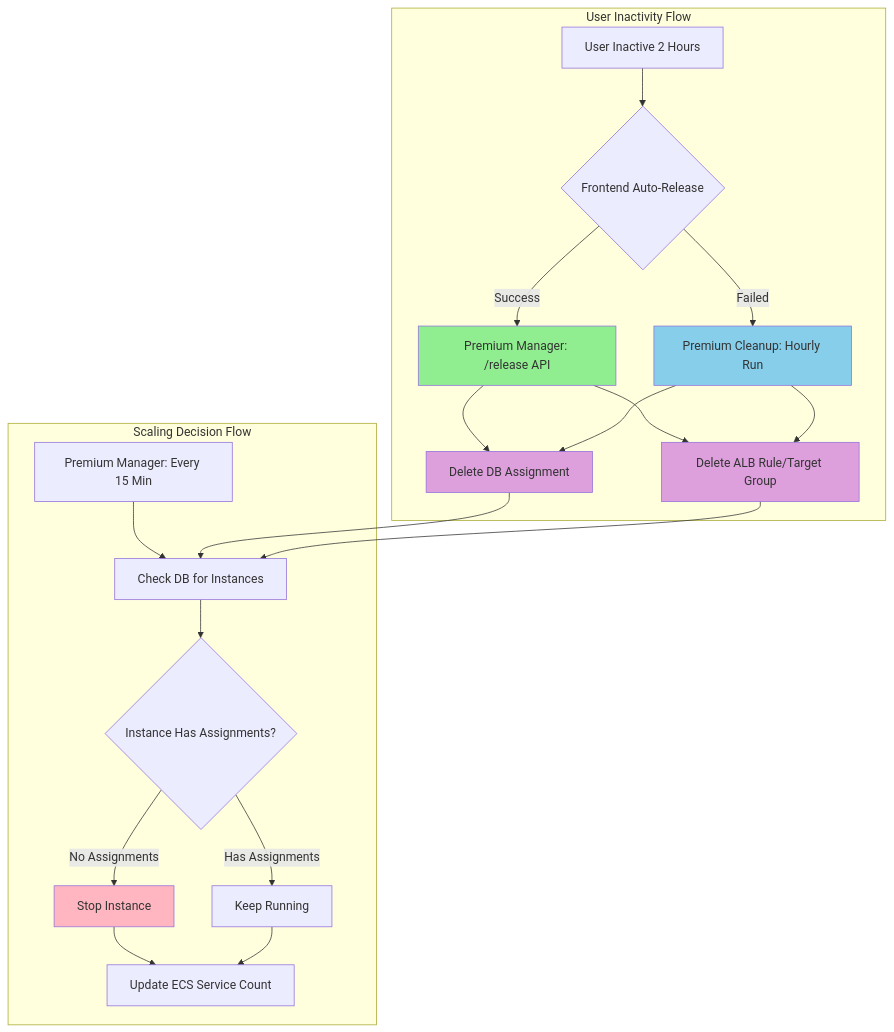
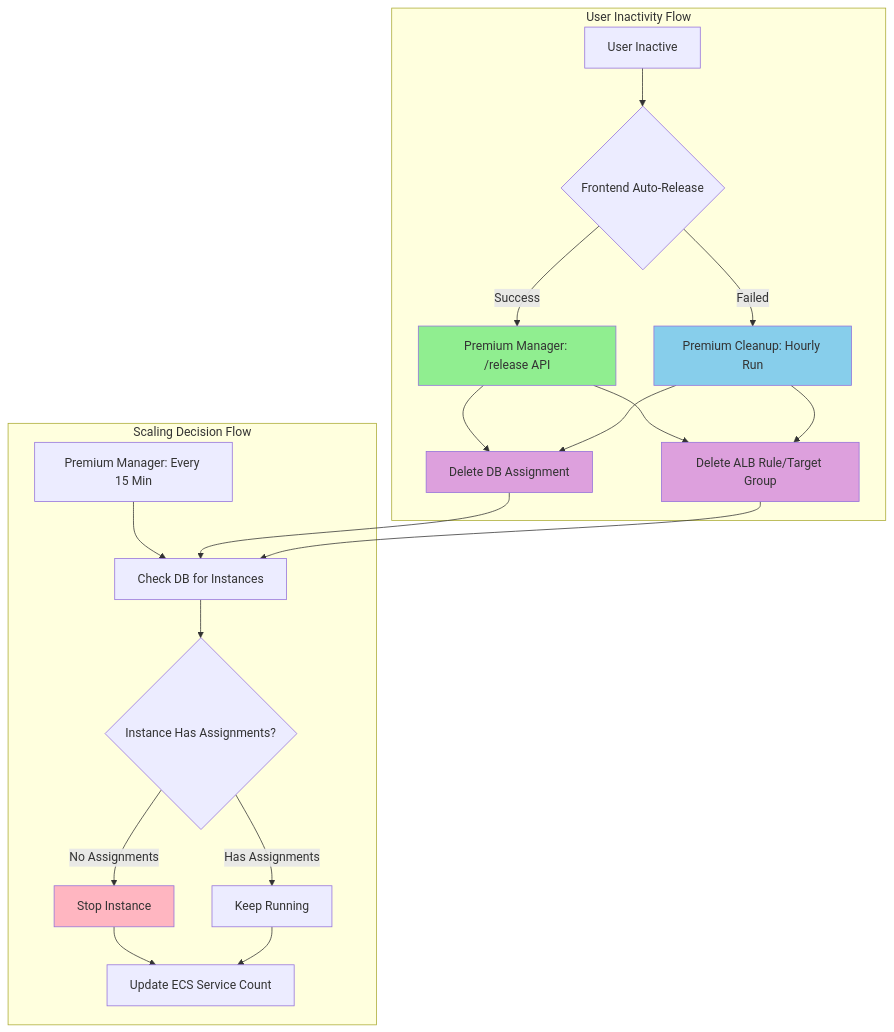
Before and after one commit to arayabrain/araya-optinist: the diagram in infrastructure/documentation/PREMIUM_MANAGER_ARCHITECTURE.md, drawn with Mermaid. The commit also changed other lines of this file and 11 other files, not shown here.

````diff
--- a/infrastructure/documentation/PREMIUM_MANAGER_ARCHITECTURE.md
+++ b/infrastructure/documentation/PREMIUM_MANAGER_ARCHITECTURE.md
@@ -33,32 +33,32 @@
 ```mermaid
 graph TB
     subgraph "User Inactivity Flow"
-        A[User Inactive 2 Hours] --> B{Frontend Auto-Release}
+        A[User Inactive] --> B{Frontend Auto-Release}
         B -->|Success| C[Premium Manager: /release API]
         B -->|Failed| D[Premium Cleanup: Hourly Run]
 
         C --> E[Delete DB Assignment]
         C --> F[Delete ALB Rule/Target Group]
 
         D --> E
         D --> F
     end
 
     subgraph "Scaling Decision Flow"
         G[Premium Manager: Every 15 Min] --> H[Check DB for Instances]
         H --> I{Instance Has Assignments?}
         I -->|No Assignments| J[Stop Instance]
         I -->|Has Assignments| K[Keep Running]
         J --> L[Update ECS Service Count]
         K --> L
     end
 
     E --> H
     F --> H
 
     style C fill:#90EE90
     style D fill:#87CEEB
     style J fill:#FFB6C1
     style E fill:#DDA0DD
     style F fill:#DDA0DD
 ```
````
